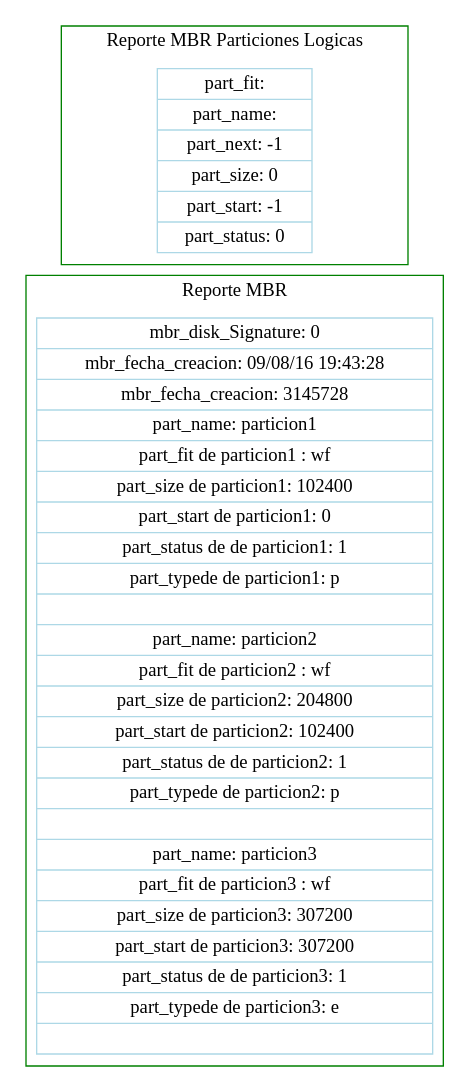
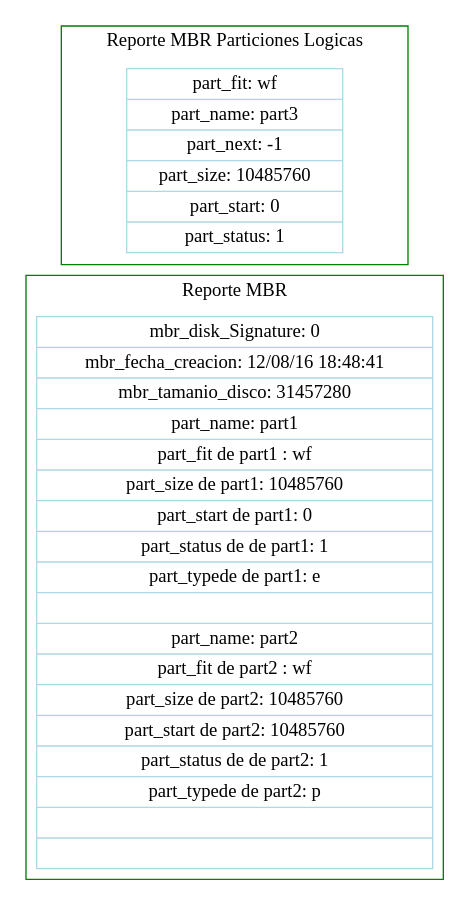
One commit to wilsonellolo/-MIA-201314158 changed the diagram in [MIA]201314158/archivosMBR.dot. Above: the diagram before and after it, drawn with Graphviz. The commit also changed 5 other files, not shown here.

```diff
--- a/[MIA]201314158/archivosMBR.dot
+++ b/[MIA]201314158/archivosMBR.dot
@@ -1,17 +1,17 @@
 digraph{ 
  rankdir = LR; 
  node [shape = record, color = lightblue]; 
  
 
 subgraph clusterESTAD2{ 
  label = " Reporte MBR"; 
  color=green; 
-nodoec1[label = " mbr_disk_Signature: 0 | mbr_fecha_creacion: 09/08/16 19:43:28 | mbr_fecha_creacion: 3145728 | part_name: particion1 | part_fit de particion1 : wf | part_size de particion1: 102400 | part_start de particion1: 0 | part_status de de particion1: 1 | part_typede de particion1: p |  | part_name: particion2 | part_fit de particion2 : wf | part_size de particion2: 204800 | part_start de particion2: 102400 | part_status de de particion2: 1 | part_typede de particion2: p |  | part_name: particion3 | part_fit de particion3 : wf | part_size de particion3: 307200 | part_start de particion3: 307200 | part_status de de particion3: 1 | part_typede de particion3: e | "];
+nodoec1[label = " mbr_disk_Signature: 0 | mbr_fecha_creacion: 12/08/16 18:48:41 | mbr_tamanio_disco: 31457280 | part_name: part1 | part_fit de part1 : wf | part_size de part1: 10485760 | part_start de part1: 0 | part_status de de part1: 1 | part_typede de part1: e |  | part_name: part2 | part_fit de part2 : wf | part_size de part2: 10485760 | part_start de part2: 10485760 | part_status de de part2: 1 | part_typede de part2: p |  | "];
 }
 
 subgraph clusterLOGICAS2{ 
  label = " Reporte MBR Particiones Logicas"; 
  color=green; 
-nodoec11[label = "  part_fit:  | part_name:  | part_next: -1 | part_size: 0 | part_start: -1 | part_status: 0"];
+nodoec11[label = "  part_fit: wf | part_name: part3 | part_next: -1 | part_size: 10485760 | part_start: 0 | part_status: 1"];
 }
 }
```
